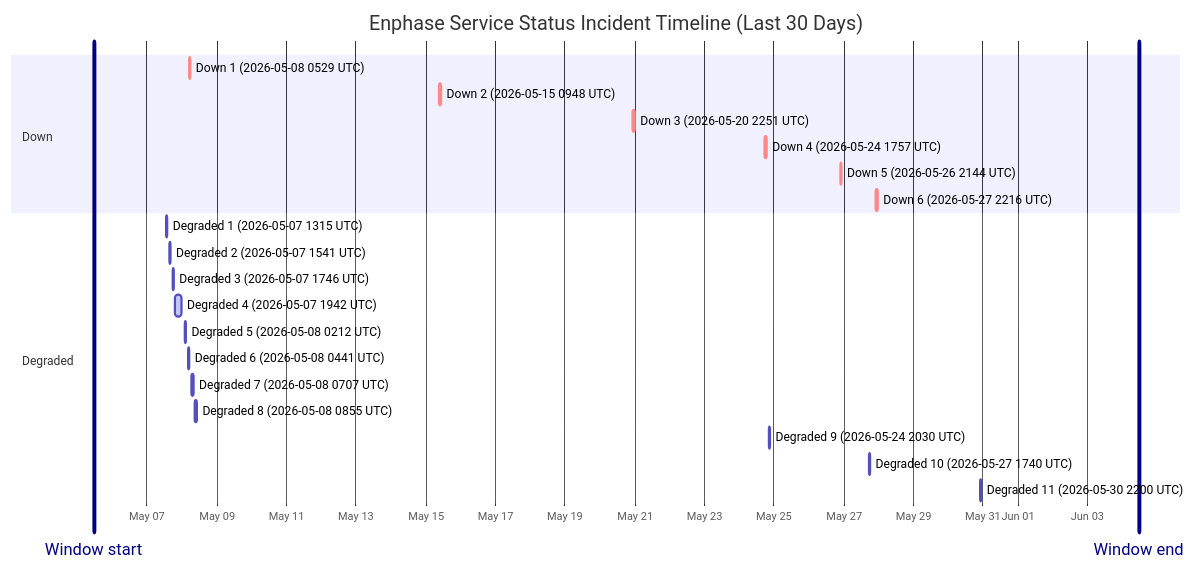
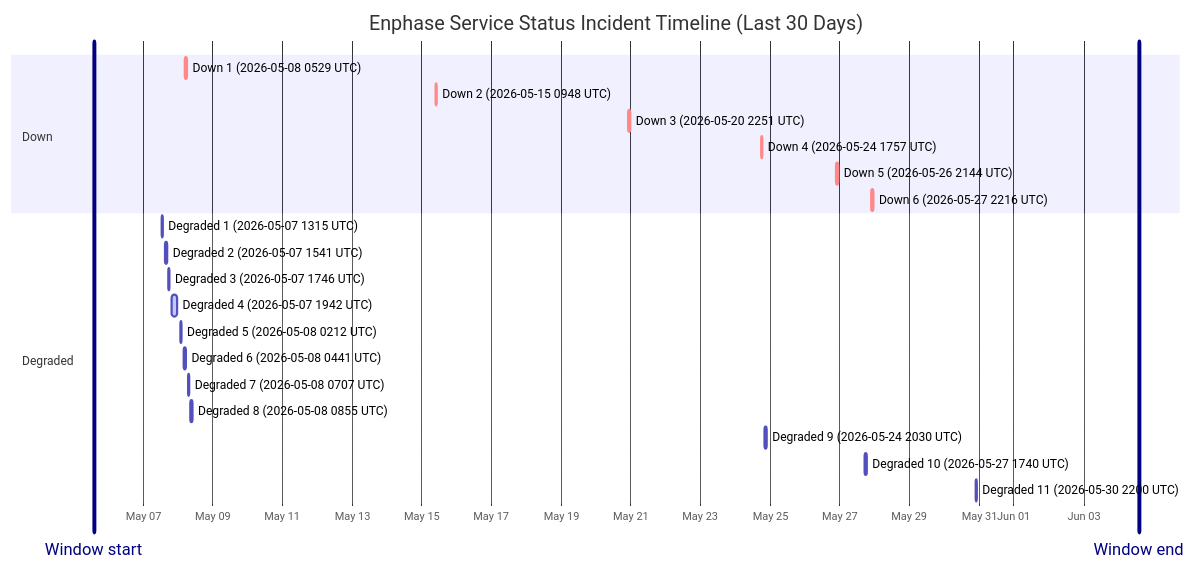
Before and after one commit to barneyonline/ha-enphase-energy: the diagram in wiki/Service-Status-History.md, drawn with Mermaid. The commit also changed other lines of this file and 3 other files, not shown here.

````diff
--- a/wiki/Service-Status-History.md
+++ b/wiki/Service-Status-History.md
@@ -14,27 +14,27 @@
 ```mermaid
 gantt
     title Enphase Service Status Incident Timeline (Last 30 Days)
     dateFormat  YYYY-MM-DDTHH:mm:ss
     axisFormat  %b %d
-    Window start :vert, window-start, 2026-05-05T11:29:27, 0ms
-    Window end :vert, window-end, 2026-06-04T11:29:27, 0ms
+    Window start :vert, window-start, 2026-05-05T14:14:56, 0ms
+    Window end :vert, window-end, 2026-06-04T14:14:56, 0ms
     section Down
     Down 1 (2026-05-08 0529 UTC) :crit, down-1, 2026-05-08T05:29:47, 60m
     Down 2 (2026-05-15 0948 UTC) :crit, down-2, 2026-05-15T09:48:18, 60m
     Down 3 (2026-05-20 2251 UTC) :crit, down-3, 2026-05-20T22:51:14, 75m
     Down 4 (2026-05-24 1757 UTC) :crit, down-4, 2026-05-24T17:57:41, 86m
     Down 5 (2026-05-26 2144 UTC) :crit, down-5, 2026-05-26T21:44:11, 85m
     Down 6 (2026-05-27 2216 UTC) :crit, down-6, 2026-05-27T22:16:53, 87m
     section Degraded
     Degraded 1 (2026-05-07 1315 UTC) :active, degraded-1, 2026-05-07T13:15:25, 60m
     Degraded 2 (2026-05-07 1541 UTC) :active, degraded-2, 2026-05-07T15:41:58, 60m
     Degraded 3 (2026-05-07 1746 UTC) :active, degraded-3, 2026-05-07T17:46:51, 60m
     Degraded 4 (2026-05-07 1942 UTC) :active, degraded-4, 2026-05-07T19:42:10, 249m
     Degraded 5 (2026-05-08 0212 UTC) :active, degraded-5, 2026-05-08T02:12:39, 60m
     Degraded 6 (2026-05-08 0441 UTC) :active, degraded-6, 2026-05-08T04:41:46, 60m
     Degraded 7 (2026-05-08 0707 UTC) :active, degraded-7, 2026-05-08T07:07:30, 60m
     Degraded 8 (2026-05-08 0855 UTC) :active, degraded-8, 2026-05-08T08:55:20, 88m
     Degraded 9 (2026-05-24 2030 UTC) :active, degraded-9, 2026-05-24T20:30:57, 84m
     Degraded 10 (2026-05-27 1740 UTC) :active, degraded-10, 2026-05-27T17:40:52, 60m
     Degraded 11 (2026-05-30 2200 UTC) :active, degraded-11, 2026-05-30T22:00:37, 60m
 ```
````
